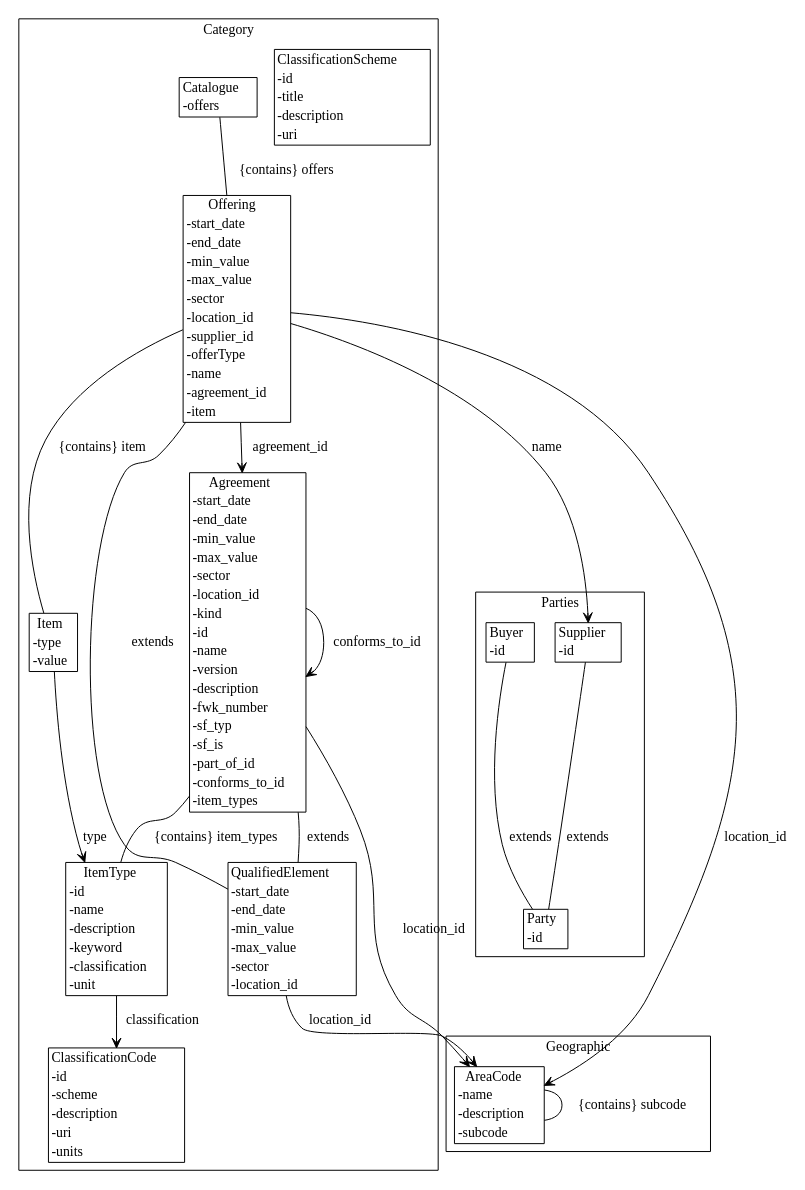
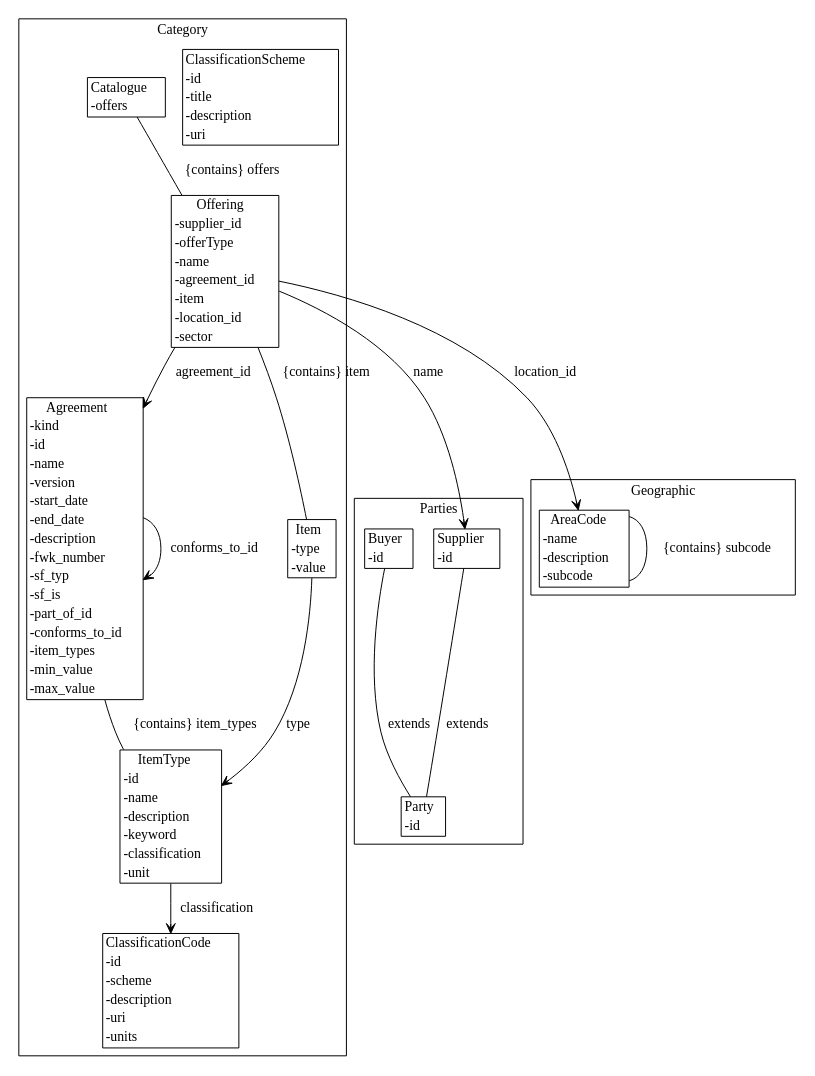
Before and after one commit to Crown-Commercial-Service/cmp-design-prototype: the diagram in agreement-design/gen/diagrams/data_model.dot, drawn with Graphviz. The commit also changed 4 other files, not shown here.

```diff
--- a/agreement-design/gen/diagrams/data_model.dot
+++ b/agreement-design/gen/diagrams/data_model.dot
@@ -1,44 +1,39 @@
 strict digraph {
 subgraph cluster_Category {
 node [shape=plaintext margin=0];
 label=Category;
 "ClassificationScheme" [label=<<table BORDER="1" CELLBORDER="0" CELLSPACING="0"><TH><TD>ClassificationScheme</TD></TH><TR><TD ALIGN="LEFT">-id</TD></TR><TR><TD ALIGN="LEFT">-title</TD></TR><TR><TD ALIGN="LEFT">-description</TD></TR><TR><TD ALIGN="LEFT">-uri</TD></TR></table>>];
 "ClassificationCode" [label=<<table BORDER="1" CELLBORDER="0" CELLSPACING="0"><TH><TD>ClassificationCode</TD></TH><TR><TD ALIGN="LEFT">-id</TD></TR><TR><TD ALIGN="LEFT">-scheme</TD></TR><TR><TD ALIGN="LEFT">-description</TD></TR><TR><TD ALIGN="LEFT">-uri</TD></TR><TR><TD ALIGN="LEFT">-units</TD></TR></table>>];
-"QualifiedElement" [label=<<table BORDER="1" CELLBORDER="0" CELLSPACING="0"><TH><TD>QualifiedElement</TD></TH><TR><TD ALIGN="LEFT">-start_date</TD></TR><TR><TD ALIGN="LEFT">-end_date</TD></TR><TR><TD ALIGN="LEFT">-min_value</TD></TR><TR><TD ALIGN="LEFT">-max_value</TD></TR><TR><TD ALIGN="LEFT">-sector</TD></TR><TR><TD ALIGN="LEFT">-location_id</TD></TR></table>>];
 "ItemType" [label=<<table BORDER="1" CELLBORDER="0" CELLSPACING="0"><TH><TD>ItemType</TD></TH><TR><TD ALIGN="LEFT">-id</TD></TR><TR><TD ALIGN="LEFT">-name</TD></TR><TR><TD ALIGN="LEFT">-description</TD></TR><TR><TD ALIGN="LEFT">-keyword</TD></TR><TR><TD ALIGN="LEFT">-classification</TD></TR><TR><TD ALIGN="LEFT">-unit</TD></TR></table>>];
-"Agreement" [label=<<table BORDER="1" CELLBORDER="0" CELLSPACING="0"><TH><TD>Agreement</TD></TH><TR><TD ALIGN="LEFT">-start_date</TD></TR><TR><TD ALIGN="LEFT">-end_date</TD></TR><TR><TD ALIGN="LEFT">-min_value</TD></TR><TR><TD ALIGN="LEFT">-max_value</TD></TR><TR><TD ALIGN="LEFT">-sector</TD></TR><TR><TD ALIGN="LEFT">-location_id</TD></TR><TR><TD ALIGN="LEFT">-kind</TD></TR><TR><TD ALIGN="LEFT">-id</TD></TR><TR><TD ALIGN="LEFT">-name</TD></TR><TR><TD ALIGN="LEFT">-version</TD></TR><TR><TD ALIGN="LEFT">-description</TD></TR><TR><TD ALIGN="LEFT">-fwk_number</TD></TR><TR><TD ALIGN="LEFT">-sf_typ</TD></TR><TR><TD ALIGN="LEFT">-sf_is</TD></TR><TR><TD ALIGN="LEFT">-part_of_id</TD></TR><TR><TD ALIGN="LEFT">-conforms_to_id</TD></TR><TR><TD ALIGN="LEFT">-item_types</TD></TR></table>>];
+"Agreement" [label=<<table BORDER="1" CELLBORDER="0" CELLSPACING="0"><TH><TD>Agreement</TD></TH><TR><TD ALIGN="LEFT">-kind</TD></TR><TR><TD ALIGN="LEFT">-id</TD></TR><TR><TD ALIGN="LEFT">-name</TD></TR><TR><TD ALIGN="LEFT">-version</TD></TR><TR><TD ALIGN="LEFT">-start_date</TD></TR><TR><TD ALIGN="LEFT">-end_date</TD></TR><TR><TD ALIGN="LEFT">-description</TD></TR><TR><TD ALIGN="LEFT">-fwk_number</TD></TR><TR><TD ALIGN="LEFT">-sf_typ</TD></TR><TR><TD ALIGN="LEFT">-sf_is</TD></TR><TR><TD ALIGN="LEFT">-part_of_id</TD></TR><TR><TD ALIGN="LEFT">-conforms_to_id</TD></TR><TR><TD ALIGN="LEFT">-item_types</TD></TR><TR><TD ALIGN="LEFT">-min_value</TD></TR><TR><TD ALIGN="LEFT">-max_value</TD></TR></table>>];
 "Item" [label=<<table BORDER="1" CELLBORDER="0" CELLSPACING="0"><TH><TD>Item</TD></TH><TR><TD ALIGN="LEFT">-type</TD></TR><TR><TD ALIGN="LEFT">-value</TD></TR></table>>];
-"Offering" [label=<<table BORDER="1" CELLBORDER="0" CELLSPACING="0"><TH><TD>Offering</TD></TH><TR><TD ALIGN="LEFT">-start_date</TD></TR><TR><TD ALIGN="LEFT">-end_date</TD></TR><TR><TD ALIGN="LEFT">-min_value</TD></TR><TR><TD ALIGN="LEFT">-max_value</TD></TR><TR><TD ALIGN="LEFT">-sector</TD></TR><TR><TD ALIGN="LEFT">-location_id</TD></TR><TR><TD ALIGN="LEFT">-supplier_id</TD></TR><TR><TD ALIGN="LEFT">-offerType</TD></TR><TR><TD ALIGN="LEFT">-name</TD></TR><TR><TD ALIGN="LEFT">-agreement_id</TD></TR><TR><TD ALIGN="LEFT">-item</TD></TR></table>>];
+"Offering" [label=<<table BORDER="1" CELLBORDER="0" CELLSPACING="0"><TH><TD>Offering</TD></TH><TR><TD ALIGN="LEFT">-supplier_id</TD></TR><TR><TD ALIGN="LEFT">-offerType</TD></TR><TR><TD ALIGN="LEFT">-name</TD></TR><TR><TD ALIGN="LEFT">-agreement_id</TD></TR><TR><TD ALIGN="LEFT">-item</TD></TR><TR><TD ALIGN="LEFT">-location_id</TD></TR><TR><TD ALIGN="LEFT">-sector</TD></TR></table>>];
 "Catalogue" [label=<<table BORDER="1" CELLBORDER="0" CELLSPACING="0"><TH><TD>Catalogue</TD></TH><TR><TD ALIGN="LEFT">-offers</TD></TR></table>>];
 }
 subgraph cluster_Parties {
 node [shape=plaintext margin=0];
 label=Parties;
 "Party" [label=<<table BORDER="1" CELLBORDER="0" CELLSPACING="0"><TH><TD>Party</TD></TH><TR><TD ALIGN="LEFT">-id</TD></TR></table>>];
 "Supplier" [label=<<table BORDER="1" CELLBORDER="0" CELLSPACING="0"><TH><TD>Supplier</TD></TH><TR><TD ALIGN="LEFT">-id</TD></TR></table>>];
 "Buyer" [label=<<table BORDER="1" CELLBORDER="0" CELLSPACING="0"><TH><TD>Buyer</TD></TH><TR><TD ALIGN="LEFT">-id</TD></TR></table>>];
 }
 subgraph cluster_Geographic {
 node [shape=plaintext margin=0];
 label=Geographic;
 "AreaCode" [label=<<table BORDER="1" CELLBORDER="0" CELLSPACING="0"><TH><TD>AreaCode</TD></TH><TR><TD ALIGN="LEFT">-name</TD></TR><TR><TD ALIGN="LEFT">-description</TD></TR><TR><TD ALIGN="LEFT">-subcode</TD></TR></table>>];
 }
-"QualifiedElement" -> "AreaCode" [label="location_id" arrowhead = "open" arrowtail = "none" ];
 "ItemType" -> "ClassificationCode" [label="classification" arrowhead = "open" arrowtail = "none" ];
-"Agreement" -> "QualifiedElement" [label="extends" arrowhead = "none" arrowtail = "normal" ];
-"Agreement" -> "AreaCode" [label="location_id" arrowhead = "open" arrowtail = "none" ];
 "Agreement" -> "Agreement" [label="part_of_id" arrowhead = "open" arrowtail = "none" ];
 "Agreement" -> "Agreement" [label="conforms_to_id" arrowhead = "open" arrowtail = "none" ];
 "Agreement" -> "ItemType" [label="{contains} item_types" arrowhead = "none" arrowtail = "diamond" ];
 "Item" -> "ItemType" [label="type" arrowhead = "open" arrowtail = "none" ];
-"Offering" -> "QualifiedElement" [label="extends" arrowhead = "none" arrowtail = "normal" ];
-"Offering" -> "AreaCode" [label="location_id" arrowhead = "open" arrowtail = "none" ];
 "Offering" -> "Supplier" [label="supplier_id" arrowhead = "open" arrowtail = "none" ];
 "Offering" -> "Supplier" [label="name" arrowhead = "open" arrowtail = "none" ];
 "Offering" -> "Agreement" [label="agreement_id" arrowhead = "open" arrowtail = "none" ];
 "Offering" -> "Item" [label="{contains} item" arrowhead = "none" arrowtail = "diamond" ];
+"Offering" -> "AreaCode" [label="location_id" arrowhead = "open" arrowtail = "none" ];
 "Catalogue" -> "Offering" [label="{contains} offers" arrowhead = "none" arrowtail = "diamond" ];
 "Supplier" -> "Party" [label="extends" arrowhead = "none" arrowtail = "normal" ];
 "Buyer" -> "Party" [label="extends" arrowhead = "none" arrowtail = "normal" ];
 "AreaCode" -> "AreaCode" [label="{contains} subcode" arrowhead = "none" arrowtail = "diamond" ];
 }
```
